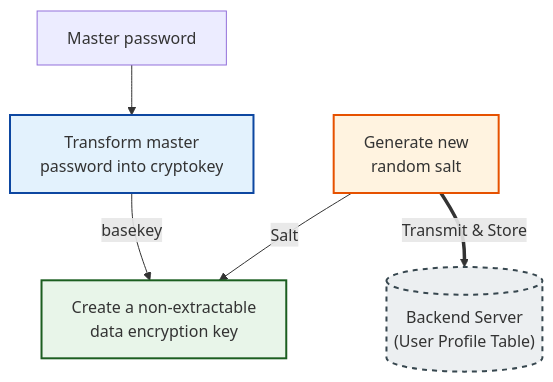
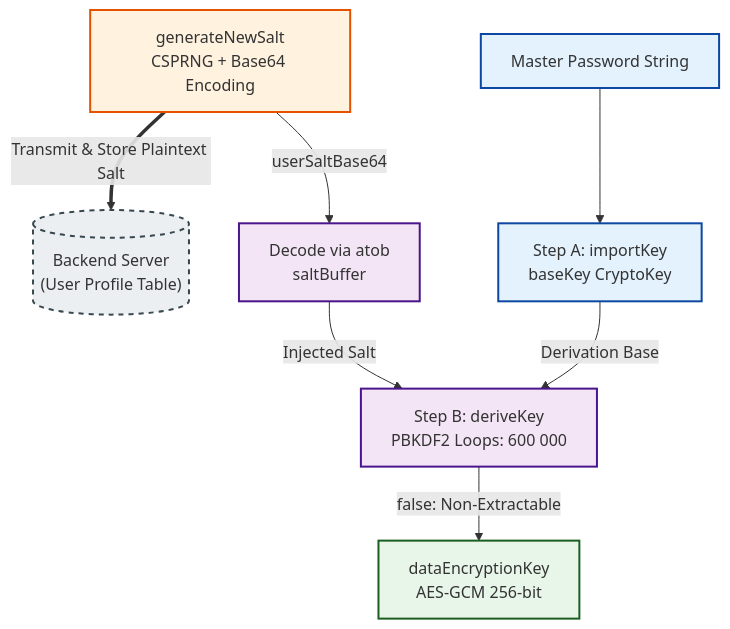
One commit to jellebaele/etiennelabs changed the first of 6 diagrams in content/articles/end-to-end-encryption/pt1-secure-single-user-storage.md. Above: the diagram before and after it, drawn with Mermaid. The commit also changed other lines of this file, not shown here.

````diff
--- a/content/articles/end-to-end-encryption/pt1-secure-single-user-storage.md
+++ b/content/articles/end-to-end-encryption/pt1-secure-single-user-storage.md
@@ -112,20 +120,29 @@
 ```mermaid
 flowchart TD
-    %% Top Row (Inputs & Salt Generation)
-    GenSalt[Generate new<br>random salt]
-    Pass[Master password] --> Transform[Transform master<br>password into cryptokey]
+    %% Salt Generation Block (generateNewSalt)
+    GenSalt[generateNewSalt<br>CSPRNG + Base64 Encoding]
 
-    %% Key Derivation Middle Layer
-    GenSalt -->|Salt| Derive
-    Transform -->|basekey| Derive[Create a non-extractable<br>data encryption key]
+    %% Server Storage
+    Server[("Backend Server<br>(User Profile Table)")]
+    GenSalt ==>|Transmit & Store Plaintext Salt| Server
 
-    %% Storage Outflows
-    Server[("Backend Server<br>(User Profile Table)")]
+    %% Key Derivation Track (deriveDataEncryptionKey)
+    GenSalt -->|userSaltBase64| Atob[Decode via atob<br>saltBuffer]
+    Pass[Master Password String] --> StepA[Step A: importKey<br>baseKey CryptoKey]
 
-    GenSalt ==>|Transmit & Store| Server
-    %% Styling matching your sketch colors
+    %% Final KDF Processing Loop
+    StepA -->|Derivation Base| StepB[Step B: deriveKey<br>PBKDF2 Loops: 600 000]
+    Atob -->|Injected Salt| StepB
+
+    %% Final Output
+    StepB -->|false: Non-Extractable| DEK[dataEncryptionKey<br>AES-GCM 256-bit]
+
+    %% Styling matching the article theme
     style GenSalt fill:#fff3e0,stroke:#e65100,stroke-width:2px
-    style Transform fill:#e3f2fd,stroke:#0d47a1,stroke-width:2px
-    style Derive fill:#e8f5e9,stroke:#1b5e20,stroke-width:2px
+    style Pass fill:#e3f2fd,stroke:#0d47a1,stroke-width:2px
+    style StepA fill:#e3f2fd,stroke:#0d47a1,stroke-width:2px
+    style Atob fill:#f3e5f5,stroke:#4a148c,stroke-width:2px
+    style StepB fill:#f3e5f5,stroke:#4a148c,stroke-width:2px
+    style DEK fill:#e8f5e9,stroke:#1b5e20,stroke-width:2px
     style Server fill:#eceff1,stroke:#37474f,stroke-width:2px,stroke-dasharray: 5 5
 ```
````
